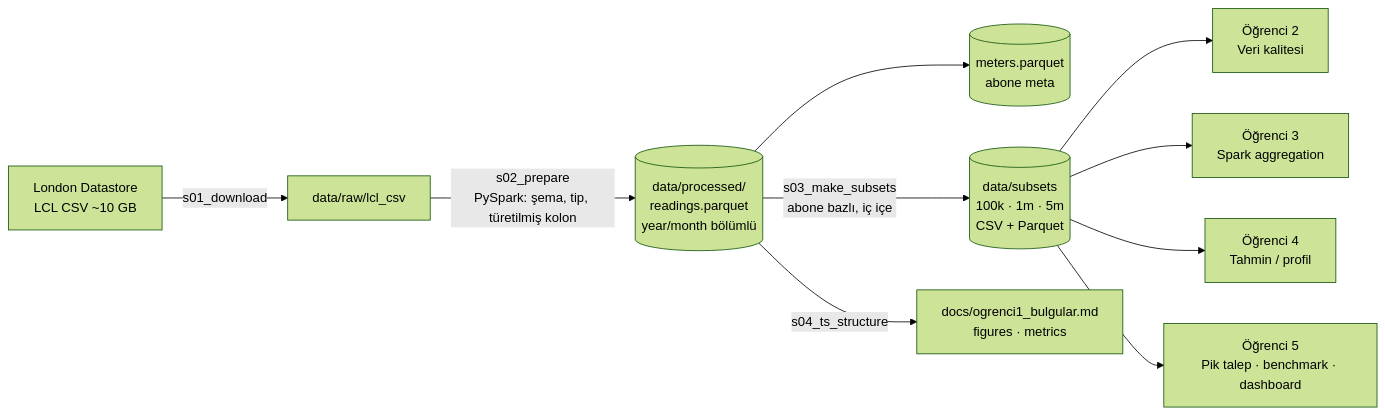
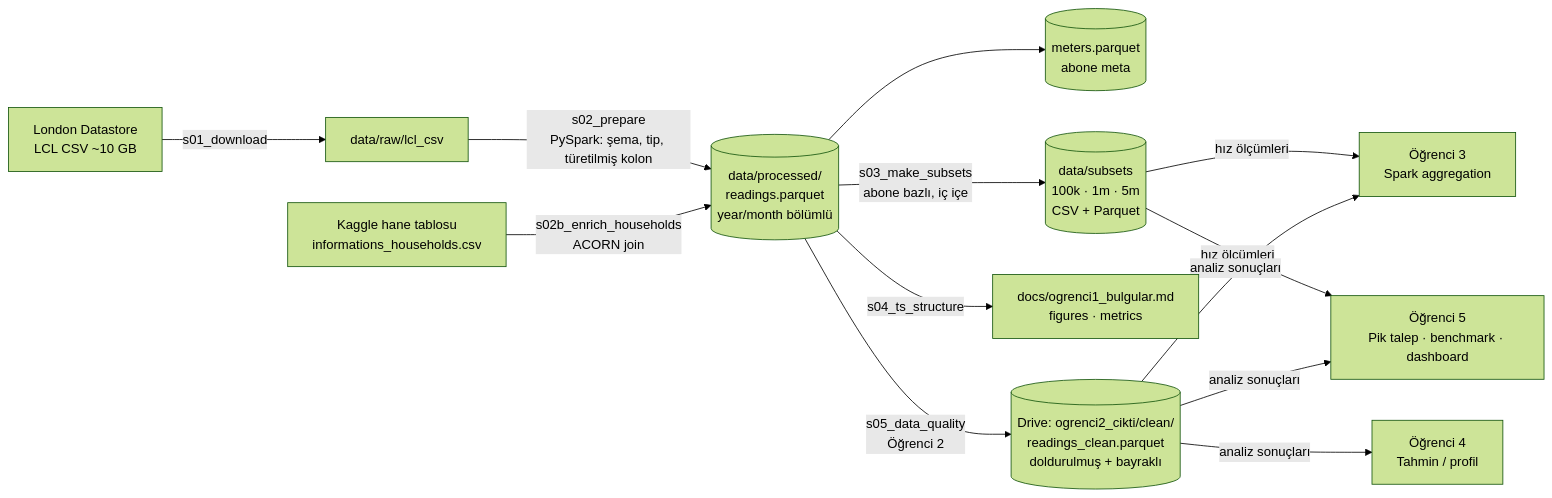
The diagram in README.md (sumeyr4yuce/elektrik-buyuk-veri), drawn with Mermaid (forest theme) before and after one commit. The commit also changed other lines of this file and 14 other files, not shown here.

Commit message:
Öğrenci 1: kod, notebook ve ACORN düzeltmesi

````diff
--- a/README.md
+++ b/README.md
@@ -28,12 +33,15 @@
 ```mermaid
 flowchart LR
     A[London Datastore<br/>LCL CSV ~10 GB] -->|s01_download| B[data/raw/lcl_csv]
     B -->|s02_prepare<br/>PySpark: şema, tip, türetilmiş kolon| C[(data/processed/<br/>readings.parquet<br/>year/month bölümlü)]
     C --> M[(meters.parquet<br/>abone meta)]
     C -->|s03_make_subsets<br/>abone bazlı, iç içe| D[(data/subsets<br/>100k · 1m · 5m<br/>CSV + Parquet)]
+    K[Kaggle hane tablosu<br/>informations_households.csv] -->|s02b_enrich_households<br/>ACORN join| C
     C -->|s04_ts_structure| R[docs/ogrenci1_bulgular.md<br/>figures · metrics]
-    D --> S2[Öğrenci 2<br/>Veri kalitesi]
-    D --> S3[Öğrenci 3<br/>Spark aggregation]
-    D --> S4[Öğrenci 4<br/>Tahmin / profil]
-    D --> S5[Öğrenci 5<br/>Pik talep · benchmark · dashboard]
+    C -->|s05_data_quality<br/>Öğrenci 2| Q[(Drive: ogrenci2_cikti/clean/<br/>readings_clean.parquet<br/>doldurulmuş + bayraklı)]
+    D -->|hız ölçümleri| S3[Öğrenci 3<br/>Spark aggregation]
+    D -->|hız ölçümleri| S5[Öğrenci 5<br/>Pik talep · benchmark · dashboard]
+    Q -->|analiz sonuçları| S3
+    Q -->|analiz sonuçları| S4[Öğrenci 4<br/>Tahmin / profil]
+    Q -->|analiz sonuçları| S5
 ```
````
